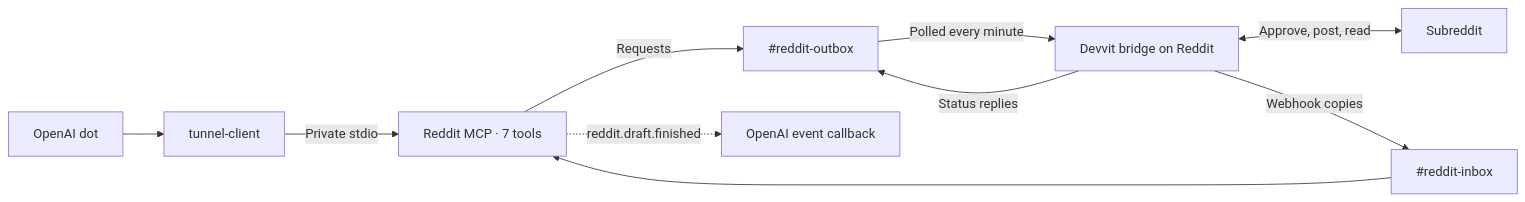
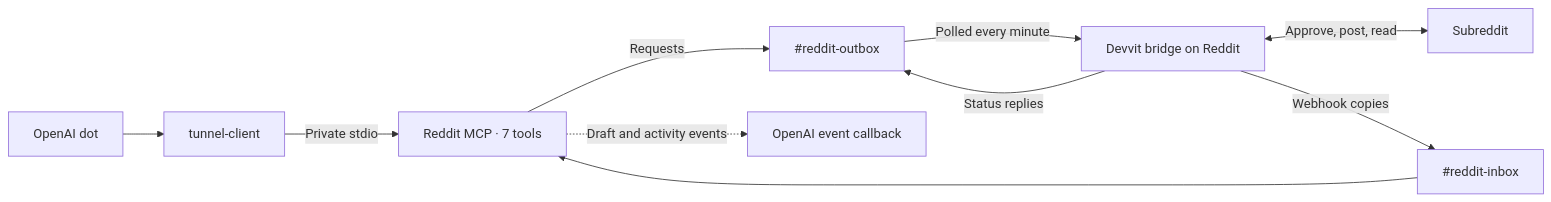
The second of 2 diagrams in core/docs/architecture.md (rokrokss/apps-of-dots), drawn with Mermaid before and after one commit. The commit also changed other lines of this file and 4 other files, not shown here.

First line of the commit message:
Document the Reddit activity event

````diff
--- a/core/docs/architecture.md
+++ b/core/docs/architecture.md
@@ -70,12 +70,12 @@
 ```mermaid
 flowchart LR
     Dot[OpenAI dot] --> Tunnel[tunnel-client]
     Tunnel -->|Private stdio| MCP[Reddit MCP · 7 tools]
     MCP -->|Requests| Outbox["#reddit-outbox"]
     Outbox -->|Polled every minute| Bridge[Devvit bridge on Reddit]
     Bridge -->|Status replies| Outbox
     Bridge <-->|Approve, post, read| Subreddit[Subreddit]
     Bridge -->|Webhook copies| Inbox["#reddit-inbox"]
     Inbox --> MCP
-    MCP -.->|reddit.draft.finished| Callback[OpenAI event callback]
+    MCP -.->|Draft and activity events| Callback[OpenAI event callback]
 ```
````
